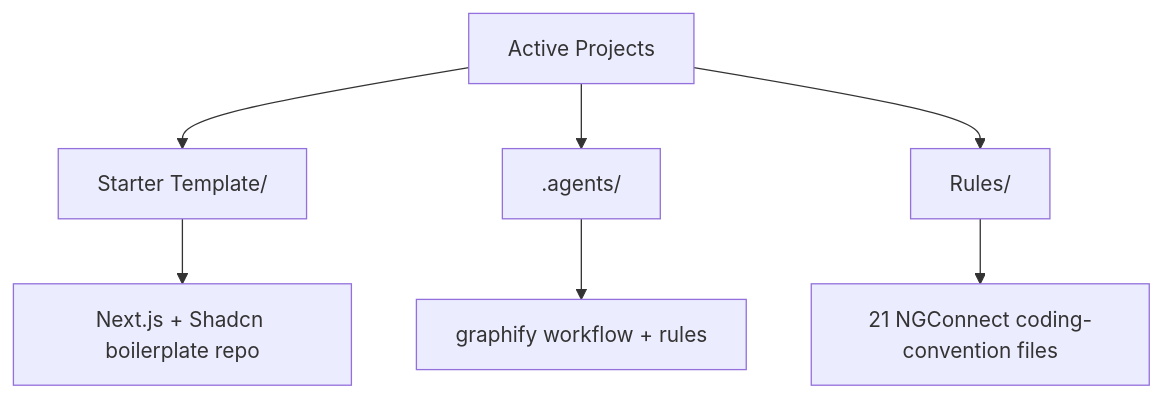
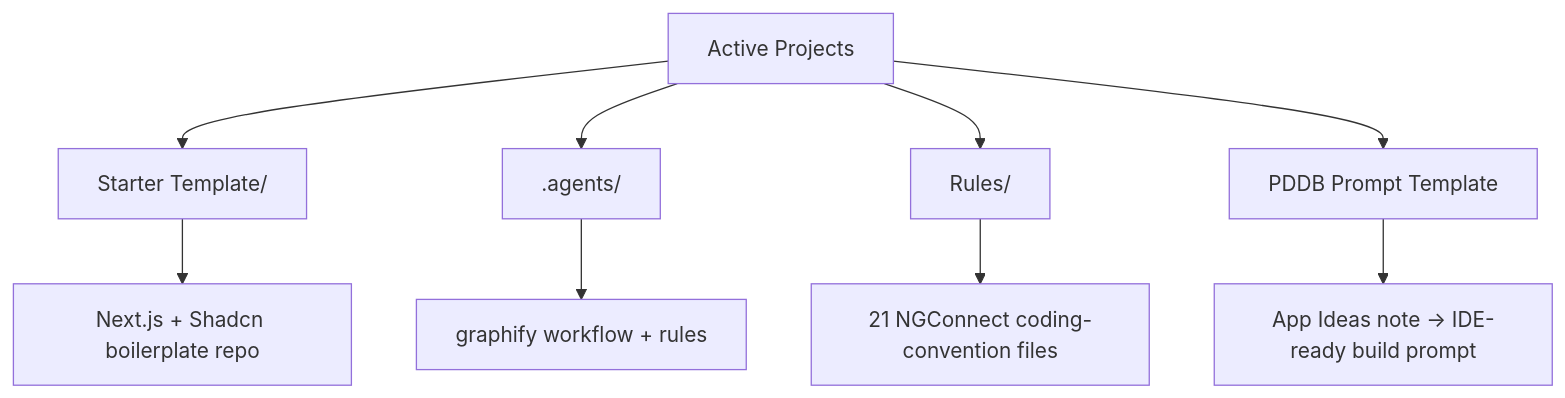
The diagram in Active Projects/Active Projects.md (Nitinsudarshan/MindME), drawn with Mermaid before and after one commit. The commit also changed other lines of this file and 1 other file, not shown here.

Commit message:
Add PDDB Prompt Template: App Ideas -> IDE-ready build prompt framework

````diff
--- a/Active Projects/Active Projects.md
+++ b/Active Projects/Active Projects.md
@@ -22,10 +22,12 @@
 ```mermaid
 flowchart TD
     A[Active Projects]
     A --> B["Starter Template/"]
     A --> C[".agents/"]
     A --> D["Rules/"]
+    A --> E["PDDB Prompt Template"]
     B --> B1[Next.js + Shadcn boilerplate repo]
     C --> C1[graphify workflow + rules]
     D --> D1[21 NGConnect coding-convention files]
+    E --> E1[App Ideas note -> IDE-ready build prompt]
 ```
````
